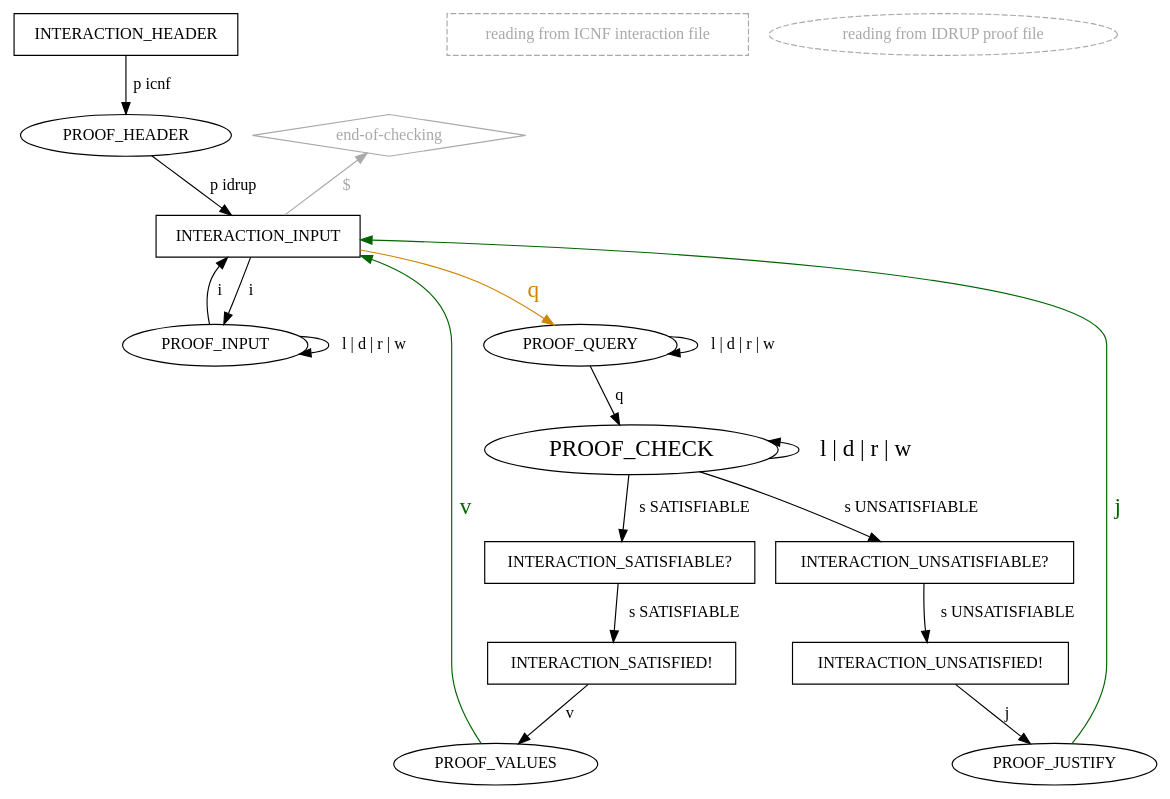
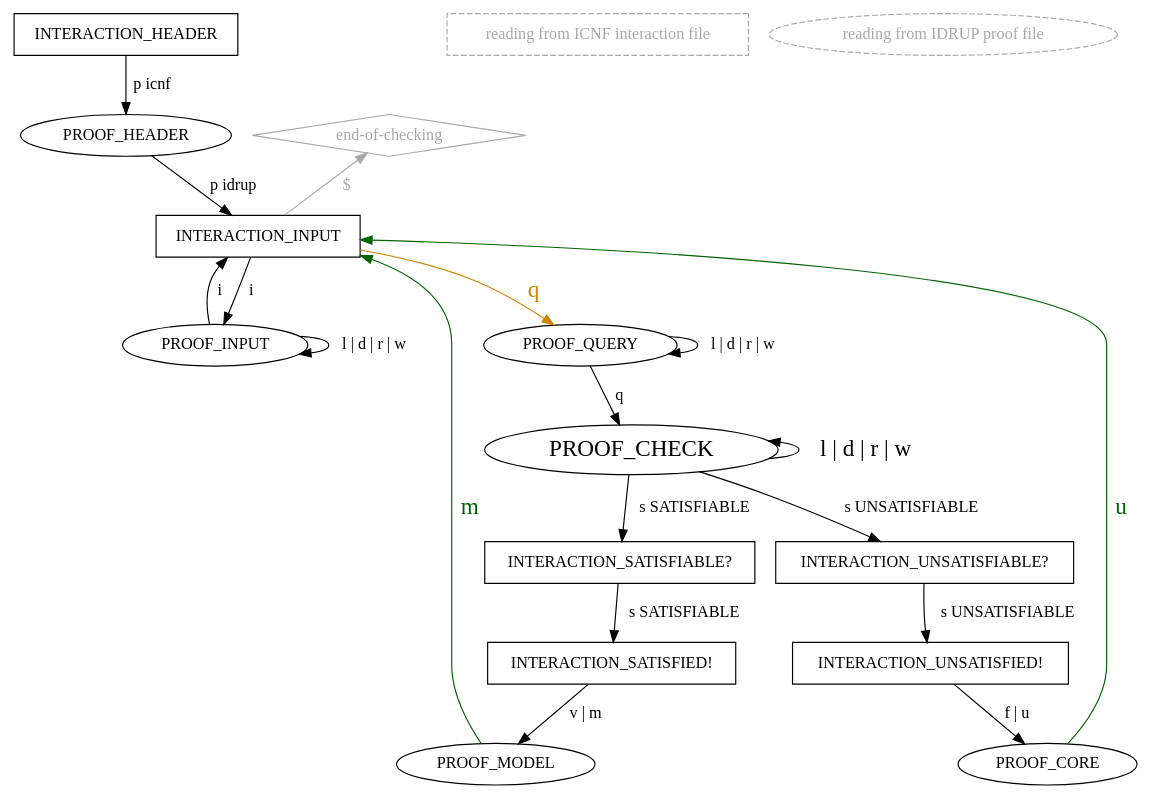
The diagram in idrup-check-pedantic-clear.dot (arminbiere/lidrup-check), drawn with Graphviz before and after one commit. The commit also changed 8 other files, not shown here.

```diff
--- a/idrup-check-pedantic-clear.dot
+++ b/idrup-check-pedantic-clear.dot
@@ -1,47 +1,47 @@
 digraph "idrup-check" {
 
   INTERACTION_HEADER [shape=box];
   INTERACTION_HEADER -> PROOF_HEADER [label=" p icnf",weight=2];
 
   empty_legend1 [label="                     ",style=invis]
   icnf_legend
   [shape=box,color=darkgray,fontcolor=darkgray,style=dashed,label="reading from ICNF interaction file"]
   //empty_legend2 [label="      ",style=invis]
   idrup_legend
   [style=dashed,color=darkgray,fontcolor=darkgray,label="reading from IDRUP proof file"]
 
   "end-of-checking" [shape=diamond,color=darkgray,fontcolor=darkgray];
    "end-of-checking" -> INTERACTION_INPUT [label="  $    ",dir=back,fontcolor=darkgray,color=darkgray];
 
   PROOF_HEADER -> INTERACTION_INPUT [label=" p idrup"]
 
   INTERACTION_INPUT [shape=box];
   INTERACTION_INPUT -> PROOF_INPUT [label=" i ",weight=2];
   INTERACTION_INPUT -> PROOF_QUERY [label=" q ",weight=2,color=orange3,fontsize=20,fontcolor=orange3];
 
   PROOF_INPUT -> INTERACTION_INPUT [label=" i ",weight=3];
   PROOF_INPUT -> PROOF_INPUT [label=" l | d | r | w"];
 
   PROOF_QUERY -> PROOF_CHECK [label=" q "];
   PROOF_QUERY -> PROOF_QUERY [label=" l | d | r | w"];
 
   PROOF_CHECK [fontsize=20];
   PROOF_CHECK -> PROOF_CHECK [label=" l | d | r | w ",dir=back,fontsize=20];
   PROOF_CHECK -> INTERACTION_SATISFIABLE [label=" s SATISFIABLE "];
   PROOF_CHECK -> INTERACTION_UNSATISFIABLE [label=" s UNSATISFIABLE "];
 
   INTERACTION_UNSATISFIABLE [shape="box",label="INTERACTION_UNSATISFIABLE?"];
   INTERACTION_UNSATISFIABLE -> INTERACTION_UNSATISFIED [label=" s UNSATISFIABLE "];
 
   INTERACTION_SATISFIABLE [shape="box",label="INTERACTION_SATISFIABLE?"];
   INTERACTION_SATISFIABLE -> INTERACTION_SATISFIED [label=" s SATISFIABLE "];
 
   INTERACTION_SATISFIED [shape=box,label="INTERACTION_SATISFIED!"];
-  INTERACTION_SATISFIED -> PROOF_VALUES [label=" v "];
+  INTERACTION_SATISFIED -> PROOF_MODEL [label=" v | m "];
 
   INTERACTION_UNSATISFIED [shape=box,label="INTERACTION_UNSATISFIED!"];
-  INTERACTION_UNSATISFIED -> PROOF_JUSTIFY [label=" j "];
+  INTERACTION_UNSATISFIED -> PROOF_CORE [label=" f | u "];
 
-  PROOF_VALUES -> INTERACTION_INPUT [label=" v ",color=darkgreen,fontsize=20,fontcolor=darkgreen];
-  PROOF_JUSTIFY -> INTERACTION_INPUT [label=" j ",color=darkgreen,fontsize=20,fontcolor=darkgreen];
+  PROOF_MODEL -> INTERACTION_INPUT [label=" m ",color=darkgreen,fontsize=20,fontcolor=darkgreen];
+  PROOF_CORE -> INTERACTION_INPUT [label=" u ",color=darkgreen,fontsize=20,fontcolor=darkgreen];
 }
```
